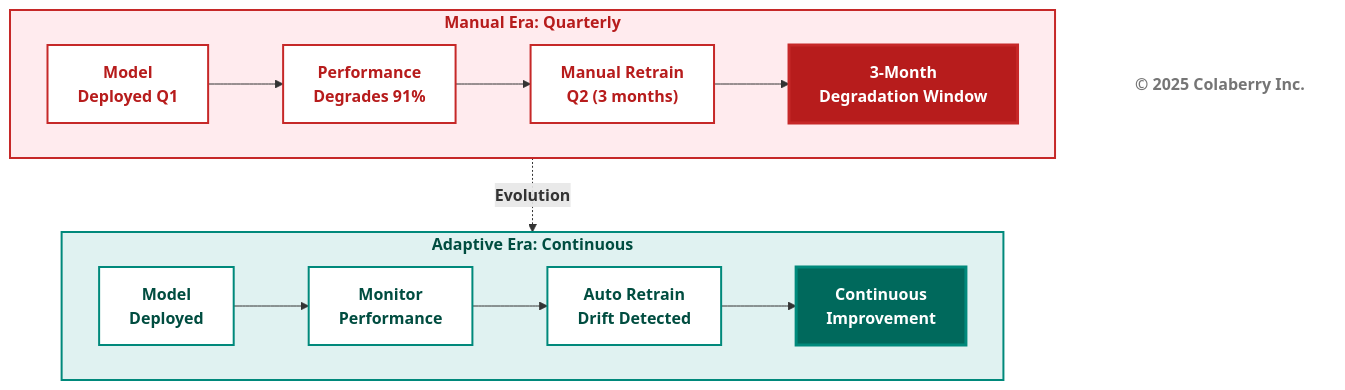
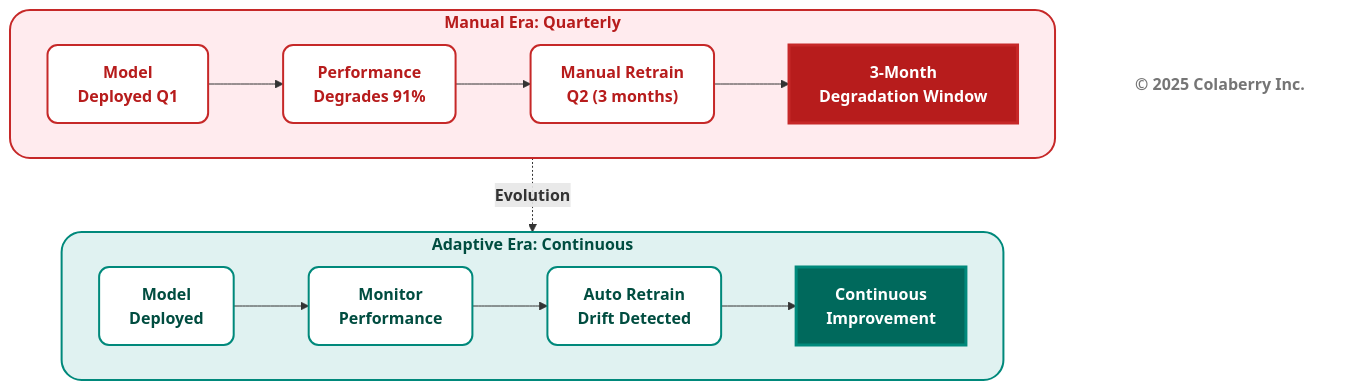
One commit to saitejesh-cyber/trust-before-intelligence-book changed the tenth of 12 diagrams in manuscript/03_chapter_2_inpact_framework.md. Above: the diagram before and after it, drawn with Mermaid. The commit also changed other lines of this file, not shown here.

````diff
--- a/manuscript/03_chapter_2_inpact_framework.md
+++ b/manuscript/03_chapter_2_inpact_framework.md
@@ -715,35 +715,35 @@
 ```mermaid
 graph TB
     subgraph ERA1["<b>Manual Era: Quarterly</b>"]
         direction LR
         A1["<b>Model<br/>Deployed Q1</b>"] --> B1["<b>Performance<br/>Degrades 91%</b>"]
         B1 --> C1["<b>Manual Retrain<br/>Q2 (3 months)</b>"]
         C1 --> D1["<b>3-Month<br/>Degradation Window</b>"]
         
         style D1 fill:#b71c1c,color:#ffffff,stroke:#c62828,stroke-width:3px
     end
     
     ERA1 -.->|<b>Evolution</b>| ERA2
     
     subgraph ERA2["<b>Adaptive Era: Continuous</b>"]
         direction LR
         A2["<b>Model<br/>Deployed</b>"] --> B2["<b>Monitor<br/>Performance</b>"]
         B2 --> C2["<b>Auto Retrain<br/>Drift Detected</b>"]
         C2 --> D2["<b>Continuous<br/>Improvement</b>"]
         
         style D2 fill:#00695c,color:#ffffff,stroke:#00897b,stroke-width:3px
     end
     
-    style ERA1 fill:#ffebee,stroke:#c62828,stroke-width:2px,color:#b71c1c
-    style A1 fill:#ffffff,stroke:#c62828,stroke-width:2px,color:#b71c1c
-    style B1 fill:#ffffff,stroke:#c62828,stroke-width:2px,color:#b71c1c
-    style C1 fill:#ffffff,stroke:#c62828,stroke-width:2px,color:#b71c1c
+    style ERA1 fill:#ffebee,stroke:#c62828,stroke-width:2px,color:#b71c1c,rx:2O,ry:20
+    style A1 fill:#ffffff,stroke:#c62828,stroke-width:2px,color:#b71c1c,rx:1O,ry:10
+    style B1 fill:#ffffff,stroke:#c62828,stroke-width:2px,color:#b71c1c,rx:1O,ry:10
+    style C1 fill:#ffffff,stroke:#c62828,stroke-width:2px,color:#b71c1c,rx:1O,ry:10
     
-    style ERA2 fill:#e0f2f1,stroke:#00897b,stroke-width:2px,color:#004d40
-    style A2 fill:#ffffff,stroke:#00897b,stroke-width:2px,color:#004d40
-    style B2 fill:#ffffff,stroke:#00897b,stroke-width:2px,color:#004d40
-    style C2 fill:#ffffff,stroke:#00897b,stroke-width:2px,color:#004d40
+    style ERA2 fill:#e0f2f1,stroke:#00897b,stroke-width:2px,color:#004d40,rx:2O,ry:20
+    style A2 fill:#ffffff,stroke:#00897b,stroke-width:2px,color:#004d40,rx:1O,ry:10
+    style B2 fill:#ffffff,stroke:#00897b,stroke-width:2px,color:#004d40,rx:1O,ry:10
+    style C2 fill:#ffffff,stroke:#00897b,stroke-width:2px,color:#004d40,rx:1O,ry:10
     
     Copyright["<b>© 2025 Colaberry Inc.</b>"]
-    style Copyright fill:#ffffff,stroke:none,color:#757575
+    style Copyright fill:none,stroke:none,color:#757575
 ```
````
